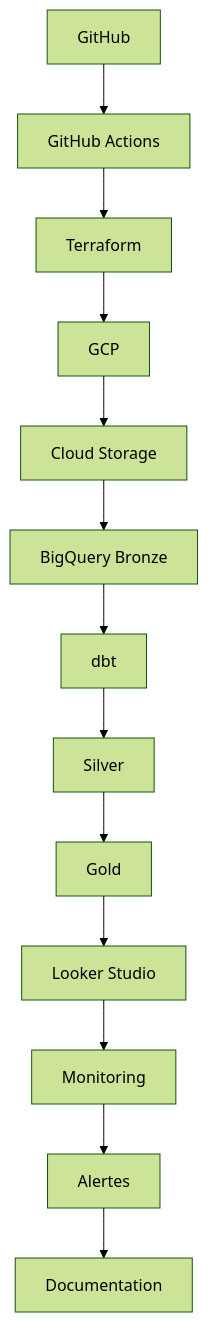
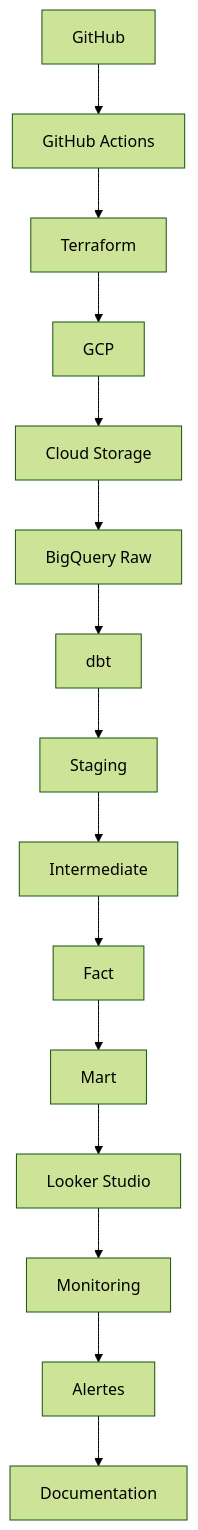
One commit to oulrich-ops/enterprise-analytics-engineering-challenge changed the diagram in README.md. Above: the diagram before and after it, drawn with Mermaid (forest theme). The commit also changed other lines of this file, not shown here.

Commit message:
Update README with changes to data flow and structure

````diff
--- a/README.md
+++ b/README.md
@@ -17,15 +17,17 @@
 ```mermaid
 flowchart TD
 A[GitHub] --> B[GitHub Actions]
 B --> C[Terraform]
 C --> D[GCP]
 D --> E[Cloud Storage]
-E --> F[BigQuery Bronze]
+E --> F[BigQuery Raw]
 F --> G[dbt]
-G --> H[Silver]
-H --> I[Gold]
-I --> J[Looker Studio]
-J --> K[Monitoring]
-K --> L[Alertes]
-L --> M[Documentation]
+G --> H[Staging]
+H --> I[Intermediate]
+I --> J[Fact]
+J --> K[Mart]
+K --> L[Looker Studio]
+L --> M[Monitoring]
+M --> N[Alertes]
+N --> O[Documentation]
 ```
````
